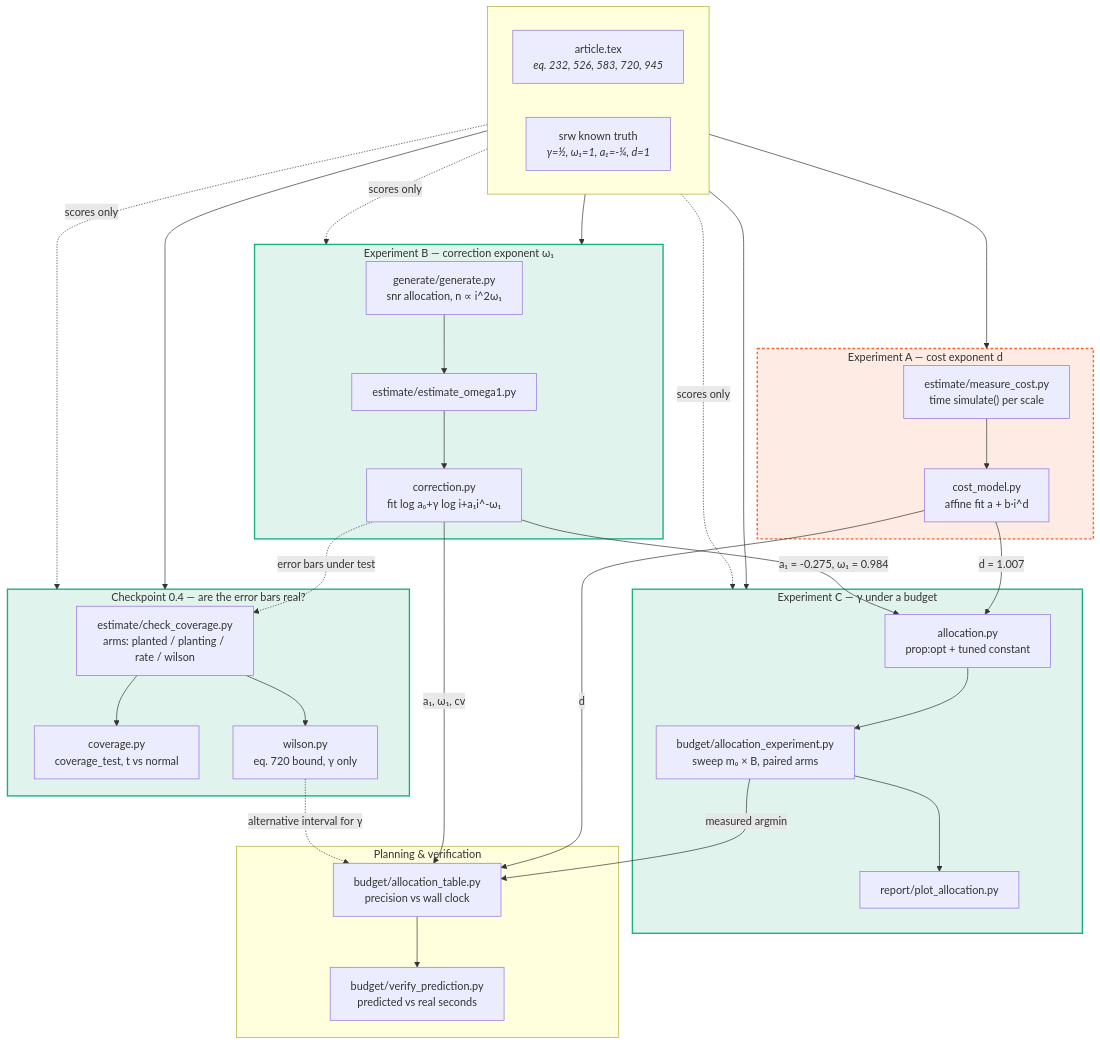
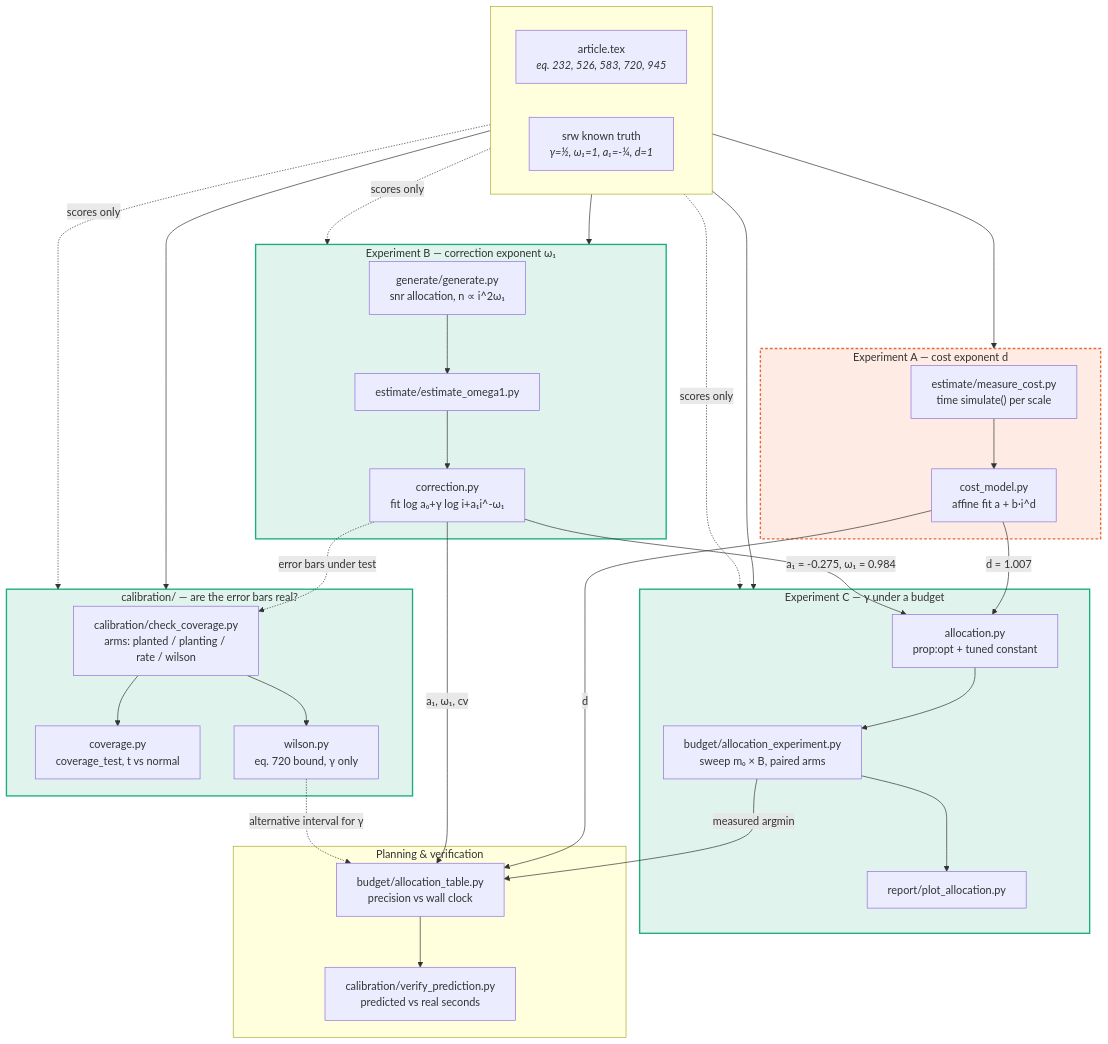
One commit to IgorSSBarbosa/loglog_validation changed the diagram in CATALOG.md. Above: the diagram before and after it, drawn with Mermaid. The commit also changed other lines of this file and 12 other files, not shown here.

````diff
--- a/CATALOG.md
+++ b/CATALOG.md
@@ -17,58 +17,58 @@
 ```mermaid
 flowchart TB
     subgraph inputs[" "]
         direction LR
         ART["article.tex<br/><i>eq. 232, 526, 583, 720, 945</i>"]
         TRUTH["srw known truth<br/><i>γ=½, ω₁=1, a₁=-¼, d=1</i>"]
     end
 
     subgraph expA["Experiment A — cost exponent d"]
         MC["estimate/measure_cost.py<br/>time simulate() per scale"]
         CM["cost_model.py<br/>affine fit a + b·i^d"]
         MC --> CM
     end
 
     subgraph expB["Experiment B — correction exponent ω₁"]
         GEN["generate/generate.py<br/>snr allocation, n ∝ i^2ω₁"]
         EO["estimate/estimate_omega1.py"]
         CORR["correction.py<br/>fit log a₀+γ log i+a₁i^-ω₁"]
         GEN --> EO --> CORR
     end
 
     subgraph expC["Experiment C — γ under a budget"]
         AE["budget/allocation_experiment.py<br/>sweep m₀ × B, paired arms"]
         ALLOC["allocation.py<br/>prop:opt + tuned constant"]
         PA["report/plot_allocation.py"]
         ALLOC --> AE --> PA
     end
 
-    subgraph check["Checkpoint 0.4 — are the error bars real?"]
-        CC["estimate/check_coverage.py<br/>arms: planted / planting / rate / wilson"]
+    subgraph check["calibration/ — are the error bars real?"]
+        CC["calibration/check_coverage.py<br/>arms: planted / planting / rate / wilson"]
         COV["coverage.py<br/>coverage_test, t vs normal"]
         WIL["wilson.py<br/>eq. 720 bound, γ only"]
         CC --> COV
         CC --> WIL
     end
 
     subgraph plan["Planning & verification"]
         AT["budget/allocation_table.py<br/>precision vs wall clock"]
-        VP["budget/verify_prediction.py<br/>predicted vs real seconds"]
+        VP["calibration/verify_prediction.py<br/>predicted vs real seconds"]
     end
 
     ART --> expA & expB & expC & check
     TRUTH -.scores only.-> expB & expC & check
 
     CM -- "d = 1.007" --> ALLOC
     CM -- d --> AT
     CORR -- "a₁ = -0.275, ω₁ = 0.984" --> ALLOC
     CORR -- a₁, ω₁, cv --> AT
     AE -- measured argmin --> AT
     AT --> VP
     CORR -.error bars under test.-> CC
     WIL -.alternative interval for γ.-> AT
 
     classDef done fill:#1baf7a22,stroke:#1baf7a,stroke-width:2px
     classDef todo fill:#eb683422,stroke:#eb6834,stroke-width:2px,stroke-dasharray:4 3
     class expB,expC,check done
     class expA todo
 ```
````
